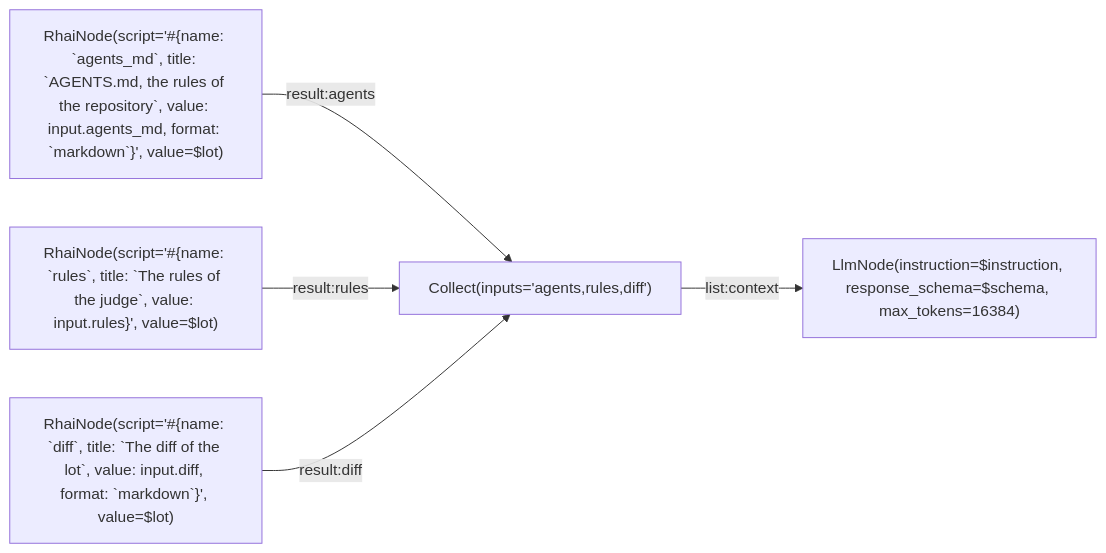
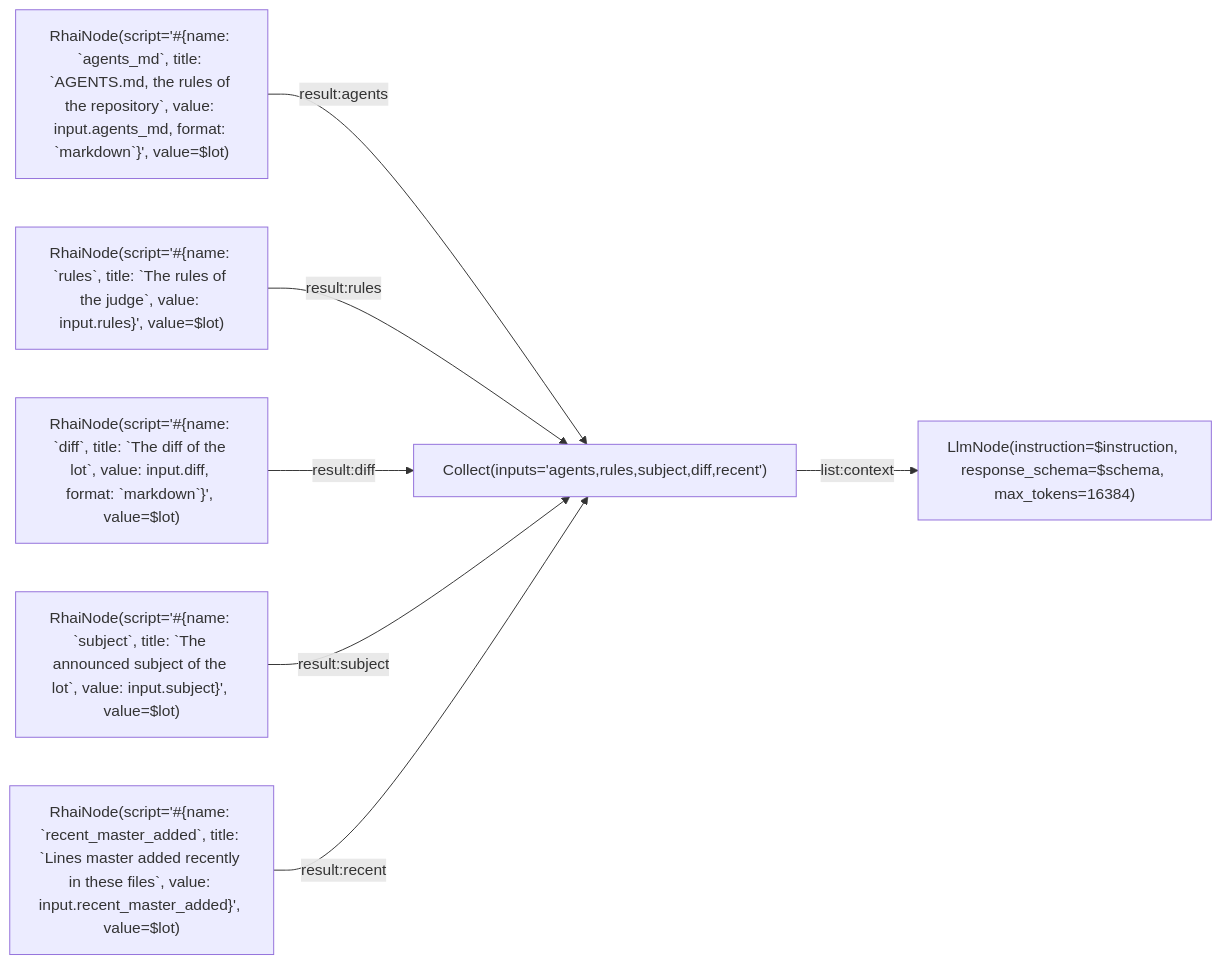
One commit to L-Defraiteur/rag3db changed the diagram in extension/rag3weaver/templates/pusher/judge.mmd. Above: the diagram before and after it, drawn with Mermaid. The commit also changed 1 other file, not shown here.

Commit message:
fix(rag3weaver): the lot judge's rules after the relevance bench — an identifier counts only when declared in an added line and absent from the removed ones; reverted_master_change reads the removed lines, out of the lot's subject or just added by master; the lot may carry its subject and master's recent lines

```diff
--- a/extension/rag3weaver/templates/pusher/judge.mmd
+++ b/extension/rag3weaver/templates/pusher/judge.mmd
@@ -1,17 +1,21 @@
 %% tool: lot_judge
 %% description: The lot judge (24 November 2026): reads a lot's diff, AGENTS.md and the judge's rules (templates/pusher/judge_rules.json), and gives findings {rule, file, line, excerpt, severity, why} and a summary. An opinion: it blocks nothing. The model comes from the registry the pusher gives (the llm service); the graph names none.
-%% param: lot json! -- {diff: the lot's diff (origin/master...head), agents_md: the text of AGENTS.md, rules: the rules of judge_rules.json}.
-%% param: instruction string = "Read the rules, then the diff. Report every added line that violates a rule, with its file, line and excerpt; report nothing that is not in an added line. When the lot is clean, give no finding." -- The task line, set before the rules and the diff; the meaning of each field is in the schema's descriptions.
+%% param: lot json! -- {diff: the lot's diff (origin/master...head, generated files left out), agents_md: the text of AGENTS.md, rules: the rules of judge_rules.json, subject (optional): the titles of the lot's commits, recent_master_added (optional): the lines master added recently in the files the lot touches}.
+%% param: instruction string = "Read the rules, then the diff. Report every added line that violates a rule, with its file, line and excerpt. Only the rule reverted_master_change reads the removed lines; every other rule reads the added lines alone. When the lot is clean, give no finding." -- The task line, set before the rules and the diff; the meaning of each field is in the schema's descriptions.
 %% param: schema json = {"type": "object", "additionalProperties": false, "required": ["findings", "summary"], "properties": {"findings": {"type": "array", "description": "Every violation found in the diff's added lines, one per place; none when the lot is clean. Never a finding without its file and its excerpt.", "items": {"type": "object", "additionalProperties": false, "required": ["rule", "file", "line", "excerpt", "severity", "why"], "properties": {"rule": {"type": "string", "description": "The id of the rule violated, from the rules given."}, "file": {"type": "string", "description": "The file of the diff, as its header names it."}, "line": {"type": "integer", "description": "The line in the new file, read from the hunk header; 0 when it cannot be read."}, "excerpt": {"type": "string", "description": "The added line, or the shortest part of it that shows the violation, copied as it is."}, "severity": {"type": "string", "enum": ["high", "medium", "low"], "description": "The rule's severity, lowered when the case is borderline."}, "why": {"type": "string", "description": "One sentence: what the line does against the rule, and what the rule would have it be."}}}}, "summary": {"type": "string", "description": "One sentence: how many findings, and the most serious one; or that the lot is clean."}}} -- The shape of the report.
 %% result: model.json
 
 graph LR
     agents["RhaiNode(script='#{name: `agents_md`, title: `AGENTS.md, the rules of the repository`, value: input.agents_md, format: `markdown`}', value=$lot)"]
     rules["RhaiNode(script='#{name: `rules`, title: `The rules of the judge`, value: input.rules}', value=$lot)"]
     diff["RhaiNode(script='#{name: `diff`, title: `The diff of the lot`, value: input.diff, format: `markdown`}', value=$lot)"]
-    parts["Collect(inputs='agents,rules,diff')"]
+    subject["RhaiNode(script='#{name: `subject`, title: `The announced subject of the lot`, value: input.subject}', value=$lot)"]
+    recent["RhaiNode(script='#{name: `recent_master_added`, title: `Lines master added recently in these files`, value: input.recent_master_added}', value=$lot)"]
+    parts["Collect(inputs='agents,rules,subject,diff,recent')"]
     model["LlmNode(instruction=$instruction, response_schema=$schema, max_tokens=16384)"]
     agents -->|result:agents| parts
     rules -->|result:rules| parts
     diff -->|result:diff| parts
+    subject -->|result:subject| parts
+    recent -->|result:recent| parts
     parts -->|list:context| model
```
